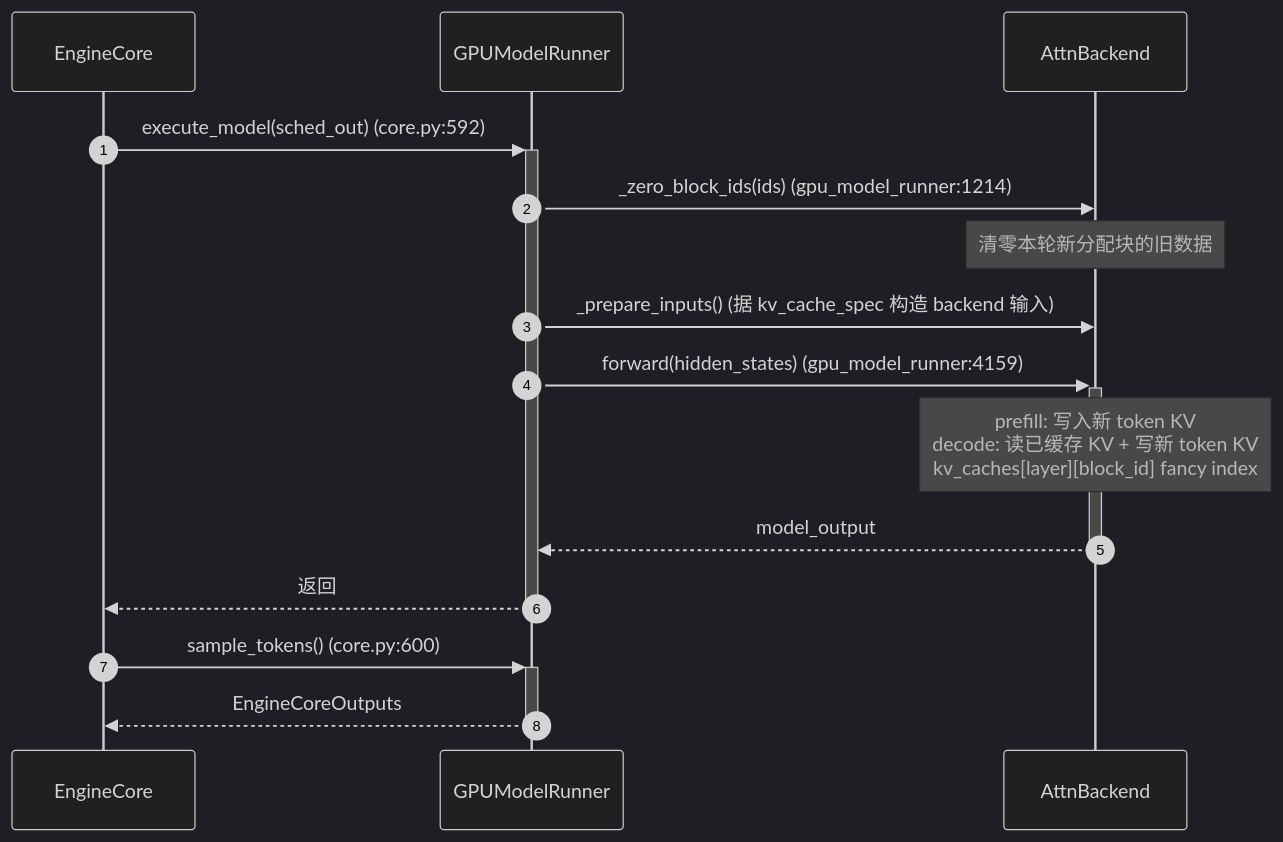
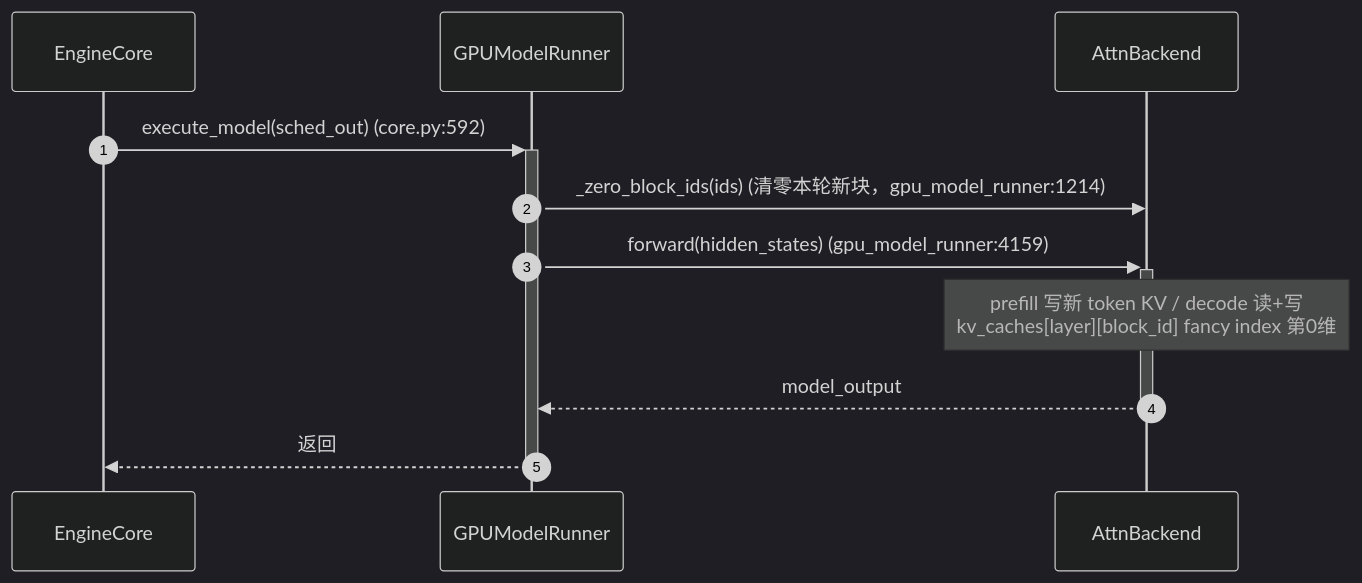
One commit to GoCHug/vllm changed the sixth of 8 diagrams in vllm/v1/core/kvcache_docs/0_end_to_end_sequence.md. Above: the diagram before and after it, drawn with Mermaid (dark theme). The commit also changed other lines of this file, not shown here.

````diff
--- a/vllm/v1/core/kvcache_docs/0_end_to_end_sequence.md
+++ b/vllm/v1/core/kvcache_docs/0_end_to_end_sequence.md
@@ -462,18 +271,13 @@
 ```mermaid
 sequenceDiagram
     autonumber
     participant EC as EngineCore
     participant MR as GPUModelRunner
     participant AB as AttnBackend
-
     EC->>+MR: execute_model(sched_out)   (core.py:592)
-    MR->>AB: _zero_block_ids(ids)   (gpu_model_runner:1214)
-    Note over AB: 清零本轮新分配块的旧数据
-    MR->>AB: _prepare_inputs()   (据 kv_cache_spec 构造 backend 输入)
+    MR->>AB: _zero_block_ids(ids)   (清零本轮新块，gpu_model_runner:1214)
     MR->>+AB: forward(hidden_states)   (gpu_model_runner:4159)
-    Note over AB: prefill: 写入新 token KV<br/>decode: 读已缓存 KV + 写新 token KV<br/>kv_caches[layer][block_id] fancy index
+    Note over AB: prefill 写新 token KV / decode 读+写<br/>kv_caches[layer][block_id] fancy index 第0维
     AB-->>-MR: model_output
     MR-->>-EC: 返回
-    EC->>+MR: sample_tokens()   (core.py:600)
-    MR-->>-EC: EngineCoreOutputs
 ```
````
